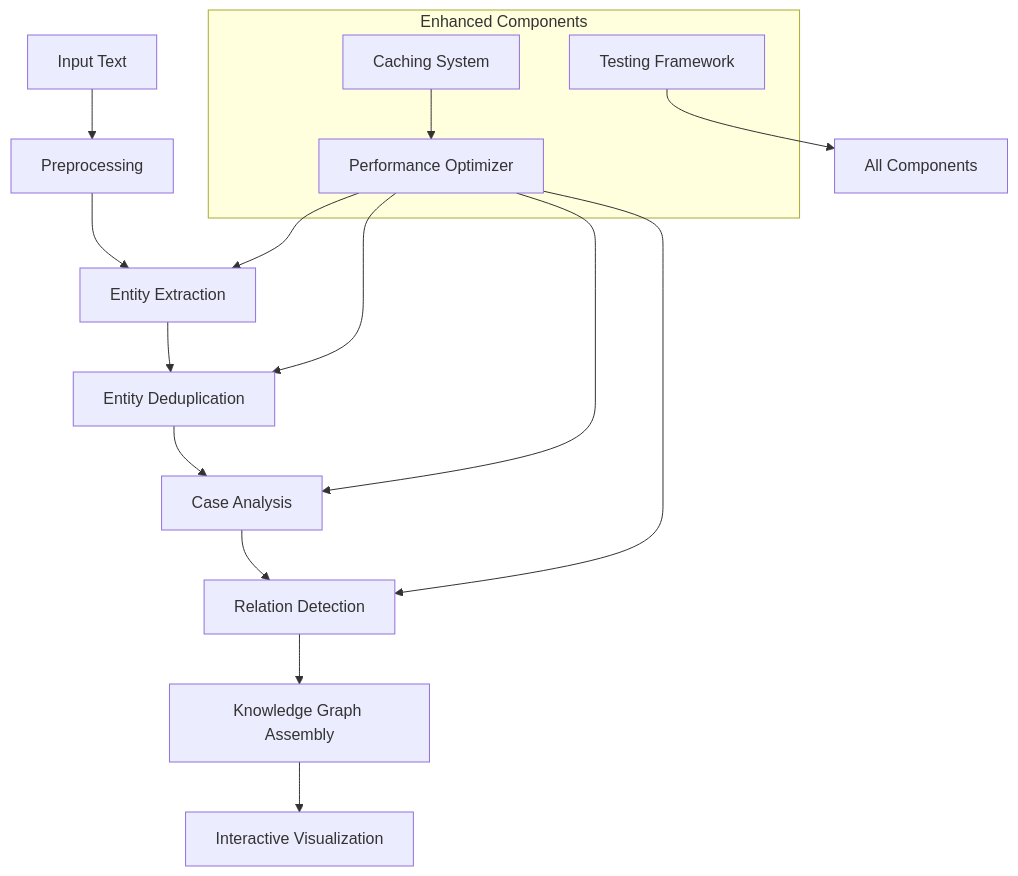
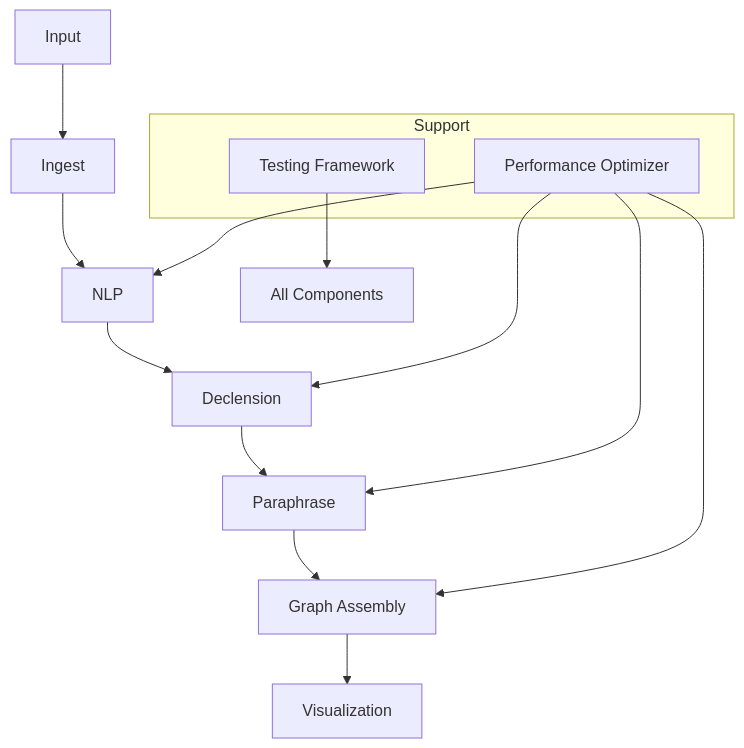
One commit to ActiveInferenceInstitute/CEREBRUM changed the diagram in src/lexicon/docs/comprehensive_technical_guide.md. Above: the diagram before and after it, drawn with Mermaid. The commit also changed other lines of this file and 10 other files, not shown here.

````diff
--- a/src/lexicon/docs/comprehensive_technical_guide.md
+++ b/src/lexicon/docs/comprehensive_technical_guide.md
@@ -9,23 +9,20 @@
 ```mermaid
 graph TB
-    A[Input Text] --> B[Preprocessing]
-    B --> C[Entity Extraction]
-    C --> D[Entity Deduplication]
-    D --> E[Case Analysis]
-    E --> F[Relation Detection]
-    F --> G[Knowledge Graph Assembly]
-    G --> H[Interactive Visualization]
-    
-    subgraph "Enhanced Components"
-        I[Performance Optimizer]
-        J[Caching System]
-        K[Testing Framework]
+    A[Input] --> B[Ingest]
+    B --> C[NLP]
+    C --> D[Declension]
+    D --> E[Paraphrase]
+    E --> F[Graph Assembly]
+    F --> G[Visualization]
+
+    subgraph "Support"
+        H[Performance Optimizer]
+        I[Testing Framework]
     end
-    
-    I --> C
-    I --> D
-    I --> E
-    I --> F
-    J --> I
-    K --> ALL[All Components]
+
+    H --> C
+    H --> D
+    H --> E
+    H --> F
+    I --> ALL[All Components]
 ```
````
